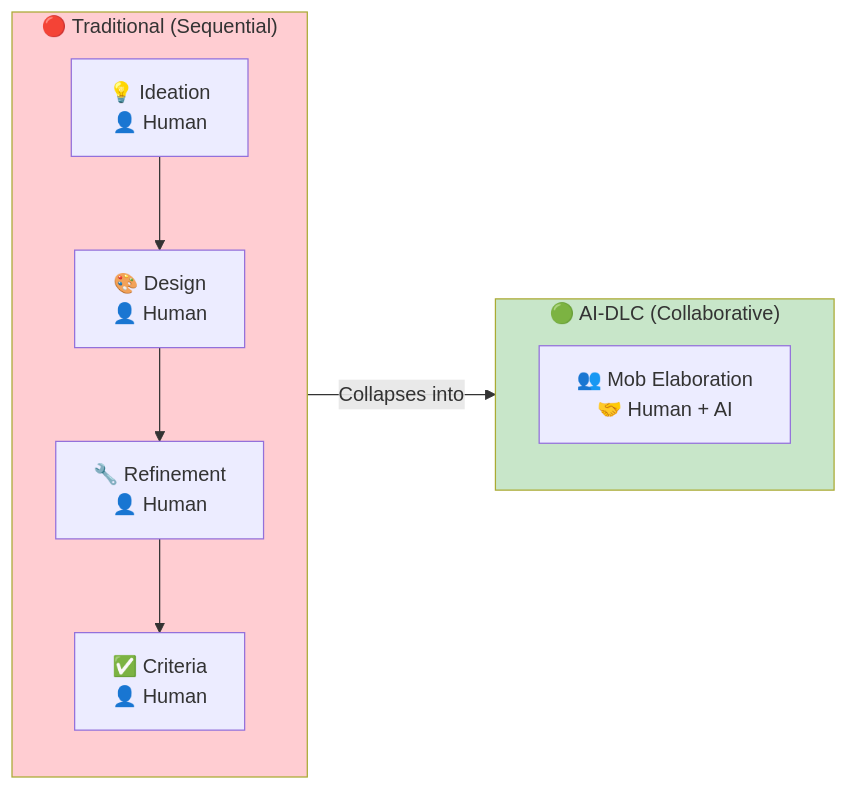
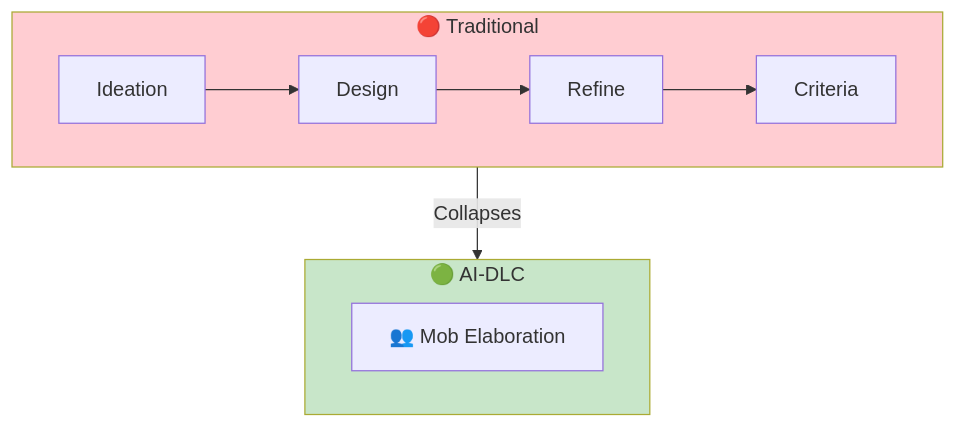
One commit to TheBushidoCollective/han changed the third of 5 diagrams in website/content/papers/ai-dlc-2026/runbooks/adoption/reimagining-sdlc.md. Above: the diagram before and after it, drawn with Mermaid. The commit also changed other lines of this file and 21 other files, not shown here.

First line of the commit message:
fix(website): convert all AI-DLC runbook Mermaid diagrams to TB layout

````diff
--- a/website/content/papers/ai-dlc-2026/runbooks/adoption/reimagining-sdlc.md
+++ b/website/content/papers/ai-dlc-2026/runbooks/adoption/reimagining-sdlc.md
@@ -76,19 +65,17 @@
 ```mermaid
-flowchart LR
-    subgraph Before["🔴 Traditional (Sequential)"]
-        direction TB
-        T1[💡 Ideation<br/>👤 Human] --> T2[🎨 Design<br/>👤 Human]
-        T2 --> T3[🔧 Refinement<br/>👤 Human]
-        T3 --> T4[✅ Criteria<br/>👤 Human]
+flowchart TB
+    subgraph Before["🔴 Traditional"]
+        T1[Ideation] --> T2[Design]
+        T2 --> T3[Refine]
+        T3 --> T4[Criteria]
     end
 
-    subgraph After["🟢 AI-DLC (Collaborative)"]
-        direction TB
-        A1[👥 Mob Elaboration<br/>🤝 Human + AI]
+    Before -->|"Collapses"| After
+
+    subgraph After["🟢 AI-DLC"]
+        A1[👥 Mob Elaboration]
     end
-
-    Before -->|"Collapses into"| After
 
     style Before fill:#ffcdd2
     style After fill:#c8e6c9
 ```
````
